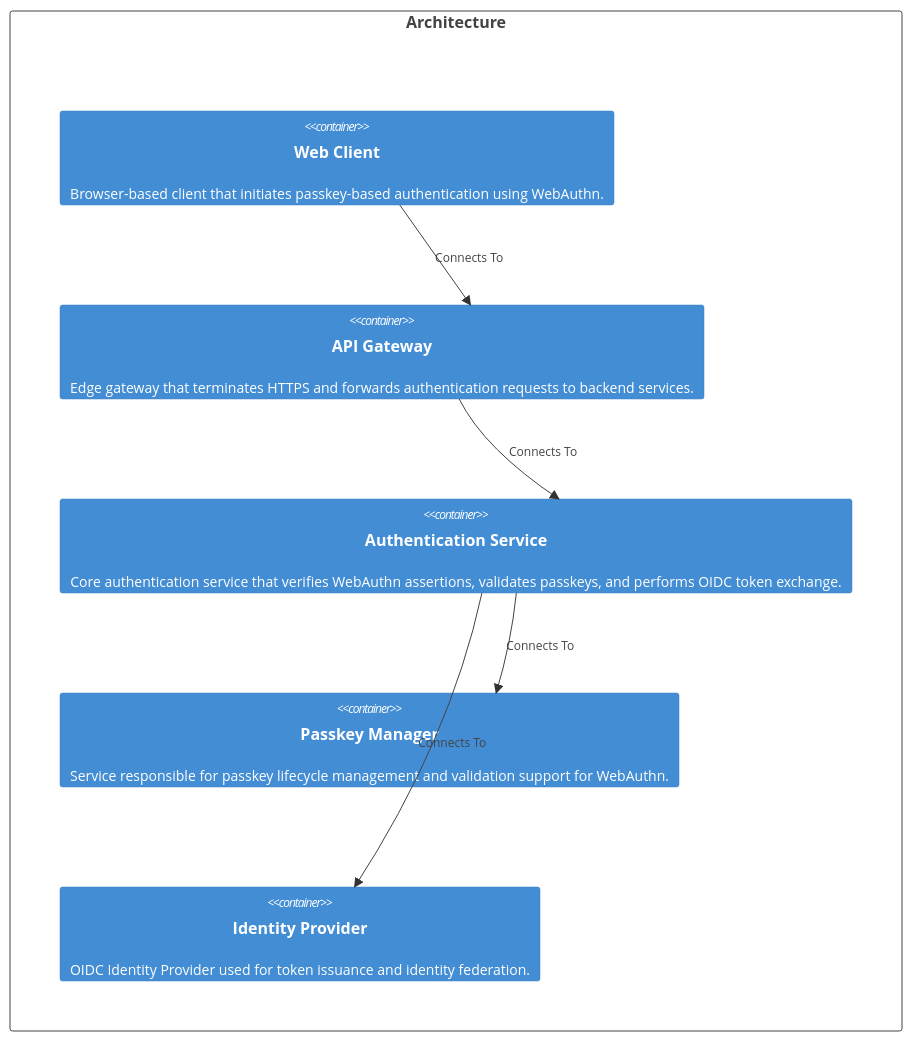
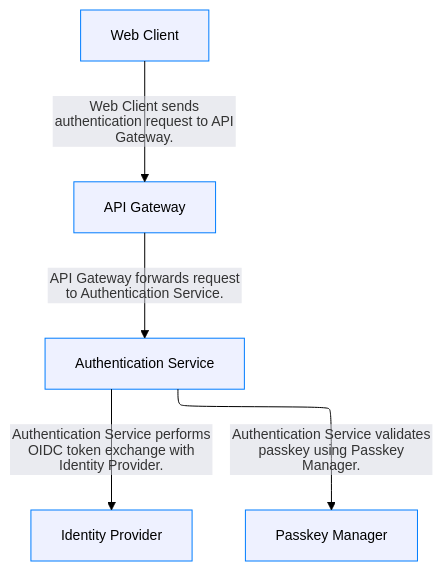
One commit to reachkvperumal/demo-authn changed the diagram in docify-out/docs/index.md. Above: the diagram before and after it, drawn with Mermaid. The commit also changed other lines of this file and 20 other files, not shown here.

First line of the commit message:
Migrate architecture diagrams to Mermaid flowchart format and simplify site config

````diff
--- a/docify-out/docs/index.md
+++ b/docify-out/docs/index.md
@@ -13,18 +14,33 @@
 ```mermaid
-C4Deployment
+---
+config:
+  theme: base
+  themeVariables:
+    fontFamily: -apple-system, BlinkMacSystemFont, 'Segoe WPC', 'Segoe UI', system-ui, 'Ubuntu', sans-serif
+    darkMode: false
+    fontSize: 14px
+    edgeLabelBackground: '#d5d7e1'
+    lineColor: '#000000'
+---
+%%{init: {"layout": "elk", "flowchart": {"htmlLabels": false}}}%%
+flowchart TB
+classDef boundary fill:#e1e4f0,stroke:#204485,stroke-dasharray: 5 4,stroke-width:1px,color:#000000;
+classDef node fill:#eef1ff,stroke:#007dff,stroke-width:1px,color:#000000;
+classDef iface fill:#f0f0f0,stroke:#b6b6b6,stroke-width:1px,font-size:10px,color:#000000;
+classDef highlight fill:#fdf7ec,stroke:#f0c060,stroke-width:1px,color:#000000;
 
-    Deployment_Node(deployment, "Architecture", ""){
-        Container(web-client, "Web Client", "", "Browser-based client that initiates passkey-based authentication using WebAuthn.")
-        Container(api-gateway, "API Gateway", "", "Edge gateway that terminates HTTPS and forwards authentication requests to backend services.")
-        Container(auth-service, "Authentication Service", "", "Core authentication service that verifies WebAuthn assertions, validates passkeys, and performs OIDC token exchange.")
-        Container(passkey-manager, "Passkey Manager", "", "Service responsible for passkey lifecycle management and validation support for WebAuthn.")
-        Container(identity-provider, "Identity Provider", "", "OIDC Identity Provider used for token issuance and identity federation.")
-    }
 
-    Rel(web-client,api-gateway,"Connects To")
-    Rel(api-gateway,auth-service,"Connects To")
-    Rel(auth-service,passkey-manager,"Connects To")
-    Rel(auth-service,identity-provider,"Connects To")
+    api-gateway["API Gateway"]:::node
+    auth-service["Authentication Service"]:::node
+    identity-provider["Identity Provider"]:::node
+    passkey-manager["Passkey Manager"]:::node
+    web-client["Web Client"]:::node
 
-    UpdateLayoutConfig($c4ShapeInRow="3", $c4BoundaryInRow="2")
+    web-client -->|Web Client sends authentication request to API Gateway.| api-gateway
+    api-gateway -->|API Gateway forwards request to Authentication Service.| auth-service
+    auth-service -->|Authentication Service validates passkey using Passkey Manager.| passkey-manager
+    auth-service -->|Authentication Service performs OIDC token exchange with Identity Provider.| identity-provider
+
+
+
 ```
````
